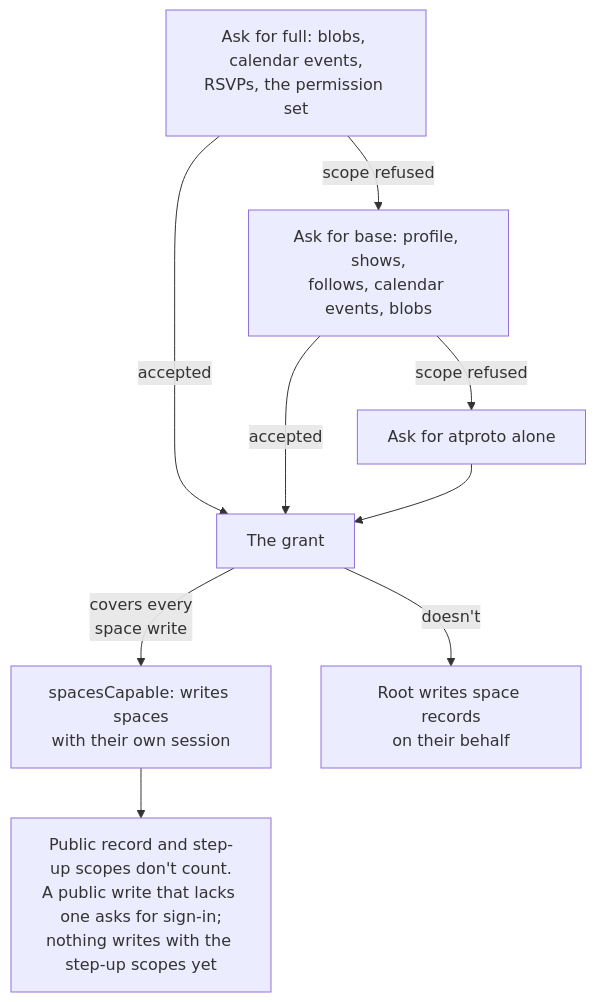
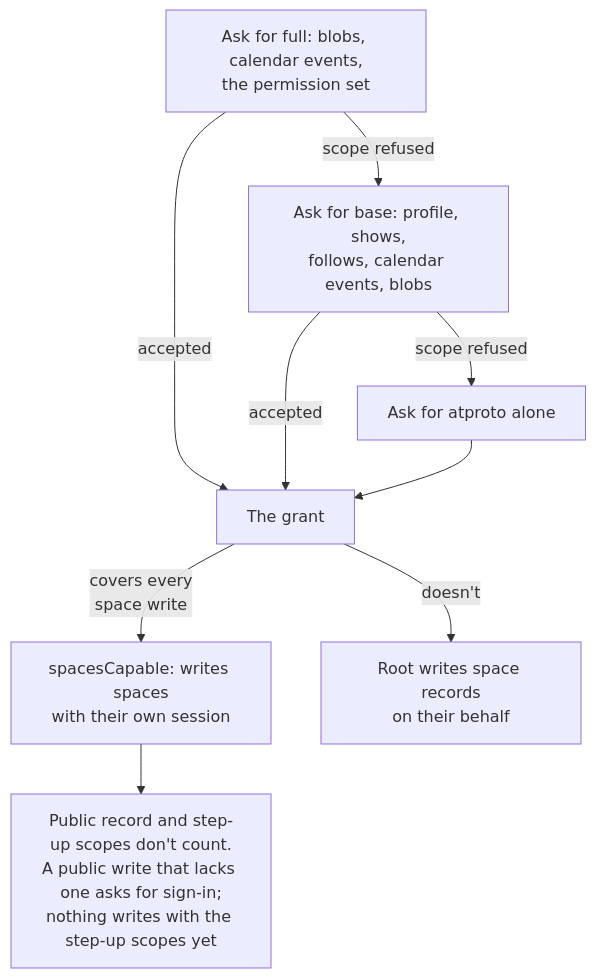
The second of 10 diagrams in apps/web/docs/diagrams/accounts.md (cutenode/localnetwork), drawn with Mermaid before and after one commit. The commit also changed other lines of this file and 8 other files, not shown here.

First line of the commit message:
docs(web): bring the diagrams in line with the code

````diff
--- a/apps/web/docs/diagrams/accounts.md
+++ b/apps/web/docs/diagrams/accounts.md
@@ -53,12 +53,12 @@
 ```mermaid
 flowchart TD
-  Full["Ask for full: blobs, calendar events,<br/>RSVPs, the permission set"]
+  Full["Ask for full: blobs, calendar events,<br/>the permission set"]
   Full -- "scope refused" --> Base["Ask for base: profile, shows,<br/>follows, calendar events, blobs"]
   Base -- "scope refused" --> Minimal["Ask for atproto alone"]
   Full -- "accepted" --> Grant["The grant"]
   Base -- "accepted" --> Grant
   Minimal --> Grant
   Grant -- "covers every<br/>space write" --> Capable["spacesCapable: writes spaces<br/>with their own session"]
   Grant -- "doesn't" --> Behalf["Root writes space records<br/>on their behalf"]
   Capable --> Step["Public record and step-up scopes don't count.<br/>A public write that lacks one asks for sign-in;<br/>nothing writes with the step-up scopes yet"]
 ```
````
